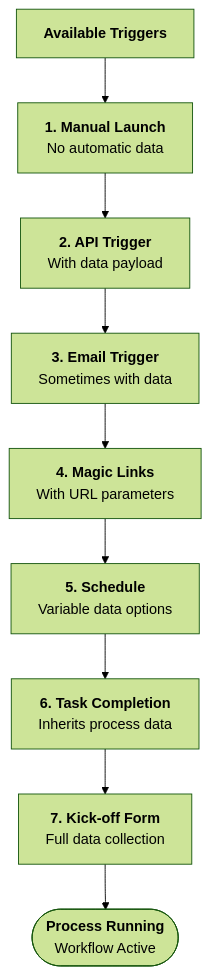
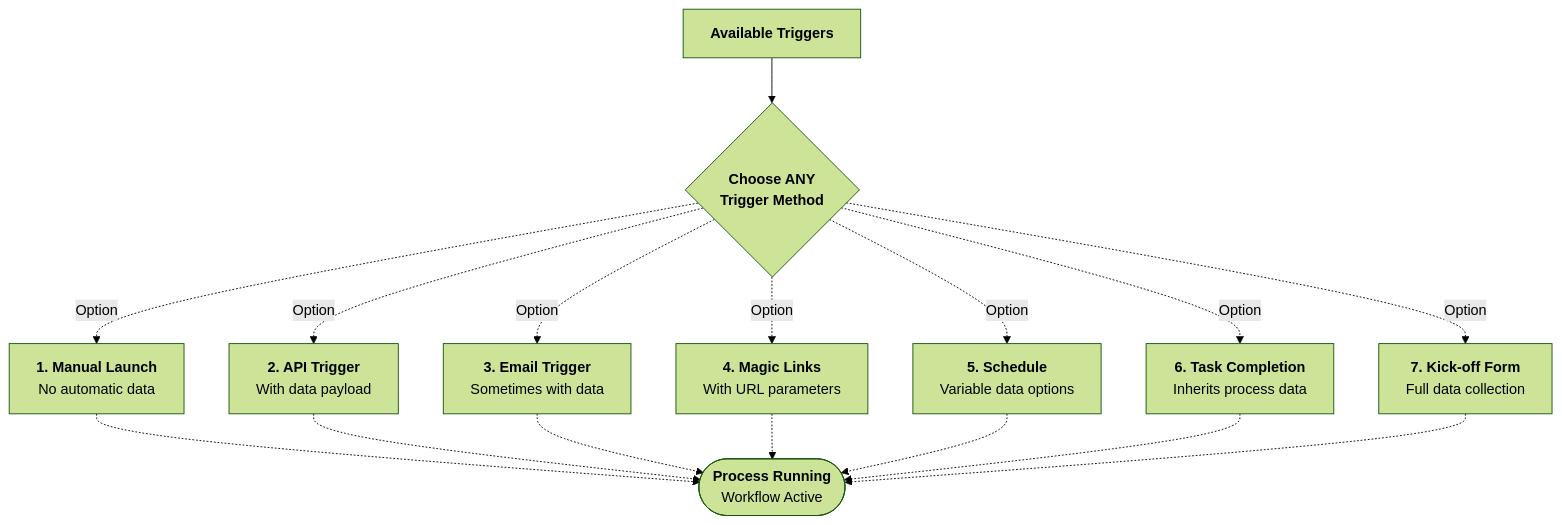
The diagram in src/content/docs/pro/launching/triggers/index.mdx (tallyfy/documentation), drawn with Mermaid (forest theme) before and after one commit. The commit also changed 3 other files, not shown here.

First line of the commit message:
fix: Correct triggers diagram to show alternatives not sequence

````diff
--- a/src/content/docs/pro/launching/triggers/index.mdx
+++ b/src/content/docs/pro/launching/triggers/index.mdx
@@ -44,34 +44,43 @@
 ```mermaid
 graph TD
     Start["`**Available Triggers**`"]
     
-    Start --> Manual["`**1. Manual Launch**
+    Start --> Choice{"`**Choose ANY
+    Trigger Method**`"}
+    
+    Choice -.->|"`Option`"| Manual["`**1. Manual Launch**
     No automatic data`"]
     
-    Manual --> API["`**2. API Trigger**
+    Choice -.->|"`Option`"| API["`**2. API Trigger**
     With data payload`"]
     
-    API --> Email["`**3. Email Trigger**
+    Choice -.->|"`Option`"| Email["`**3. Email Trigger**
     Sometimes with data`"]
     
-    Email --> Magic["`**4. Magic Links**
+    Choice -.->|"`Option`"| Magic["`**4. Magic Links**
     With URL parameters`"]
     
-    Magic --> Schedule["`**5. Schedule**
+    Choice -.->|"`Option`"| Schedule["`**5. Schedule**
     Variable data options`"]
     
-    Schedule --> Task["`**6. Task Completion**
+    Choice -.->|"`Option`"| Task["`**6. Task Completion**
     Inherits process data`"]
     
-    Task --> Form["`**7. Kick-off Form**
+    Choice -.->|"`Option`"| Form["`**7. Kick-off Form**
     Full data collection`"]
     
-    Form --> Process(["`**Process Running**
+    Manual -.-> Process(["`**Process Running**
     Workflow Active`"])
+    API -.-> Process
+    Email -.-> Process
+    Magic -.-> Process
+    Schedule -.-> Process
+    Task -.-> Process
+    Form -.-> Process
     
     click API "/products/pro/launching/triggers/via-api/" "API trigger details"
     click Email "/products/pro/launching/triggers/via-email/" "Email trigger setup"
     click Magic "/products/pro/launching/triggers/magic-links/" "Magic link configuration"
     click Schedule "/products/pro/launching/triggers/via-middleware/" "Middleware scheduling"
     click Form "#kick-off-form" "Jump to form section"
 ```
````
